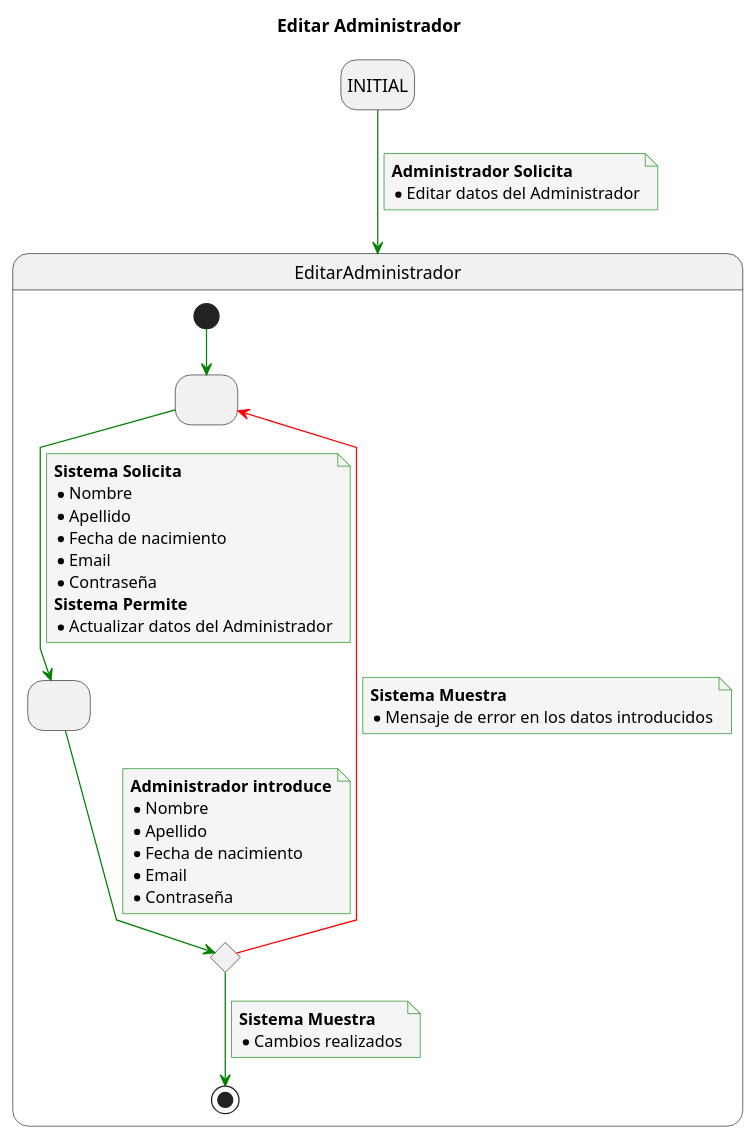
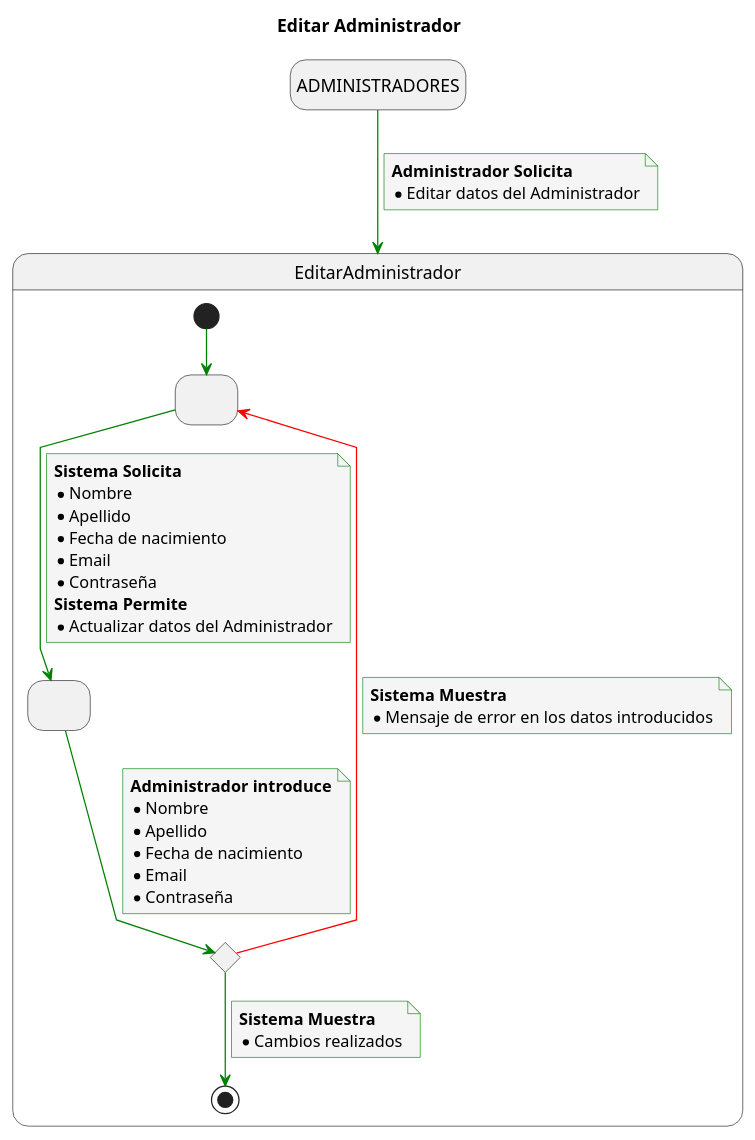
One commit to mmasias/23-24-IdSw1-SDR changed the diagram in Caso_de_Uso/Casos_de_Uso/Usuarios/Administrador/CRUD_Administradores/Editar_Administrador/Caso_de_Uso.puml. Above: the diagram before and after it, drawn with PlantUML. The commit also changed 45 other files, not shown here.

```diff
--- a/Caso_de_Uso/Casos_de_Uso/Usuarios/Administrador/CRUD_Administradores/Editar_Administrador/Caso_de_Uso.puml
+++ b/Caso_de_Uso/Casos_de_Uso/Usuarios/Administrador/CRUD_Administradores/Editar_Administrador/Caso_de_Uso.puml
@@ -1,65 +1,65 @@
 @startuml
 
 title Editar Administrador
 
 skinparam {
     NoteBackgroundColor #whiteSmoke
     ArrowColor #green
     NoteBorderColor #green
     linetype polyline
 }
 
 hide empty description
 
-state startState as "INITIAL"
+state startState as "ADMINISTRADORES"
 
 startState --> EditarAdministrador
 note on link
     <b>Administrador Solicita</b>
     * Editar datos del Administrador
 end note
 
 state EditarAdministrador {
 state 2 as " "
 state 3 as " "
 state 4 <<choice>>
 
 [*] -down-> 2
 
 2 -down-> 3
 note on link
 <b>Sistema Solicita</b>
 * Nombre
 * Apellido
 * Fecha de nacimiento
 * Email
 * Contraseña
 <b>Sistema Permite</b>
 * Actualizar datos del Administrador
 end note
 
 3 -down-> 4
 note on link
 <b>Administrador introduce</b>
 * Nombre
 * Apellido
 * Fecha de nacimiento
 * Email
 * Contraseña
 end note
 
 4 -down-> [*]
 note on link
 <b>Sistema Muestra</b>
 * Cambios realizados
 end note
 
 4 -[#red]-> 2
 note on link
 <b>Sistema Muestra</b>
 * Mensaje de error en los datos introducidos
 end note
 
 }
 
 @enduml
```
